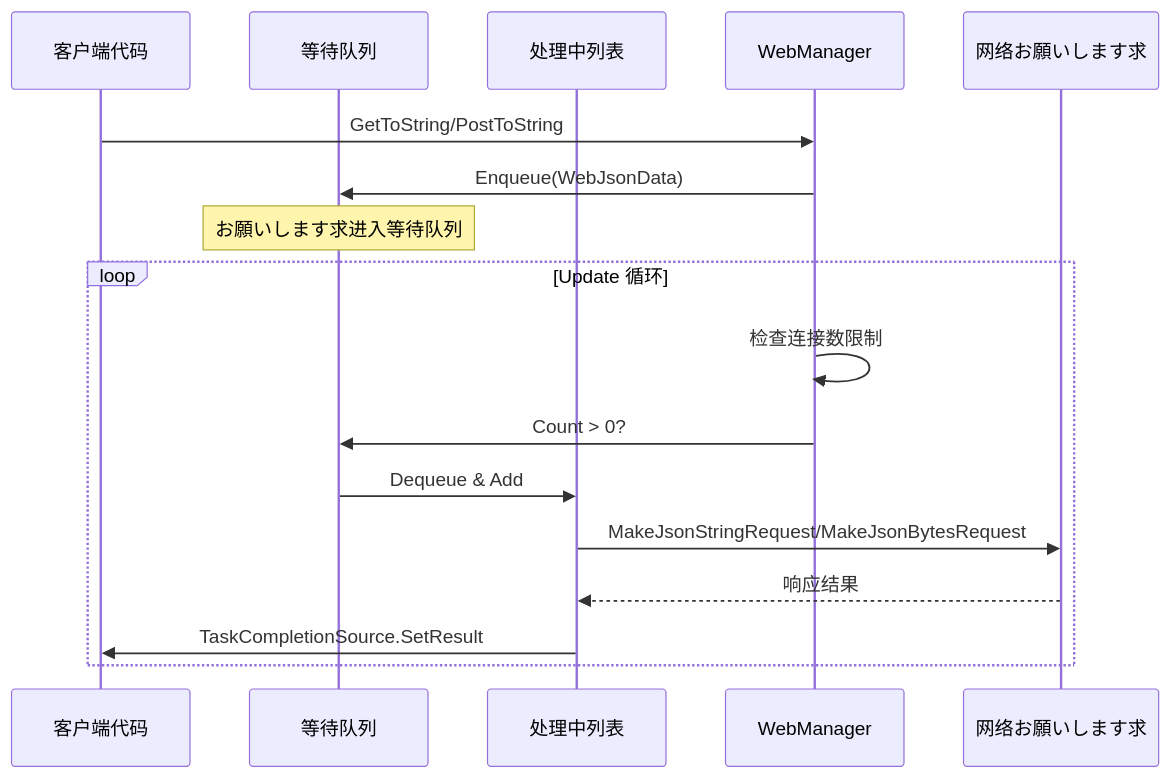
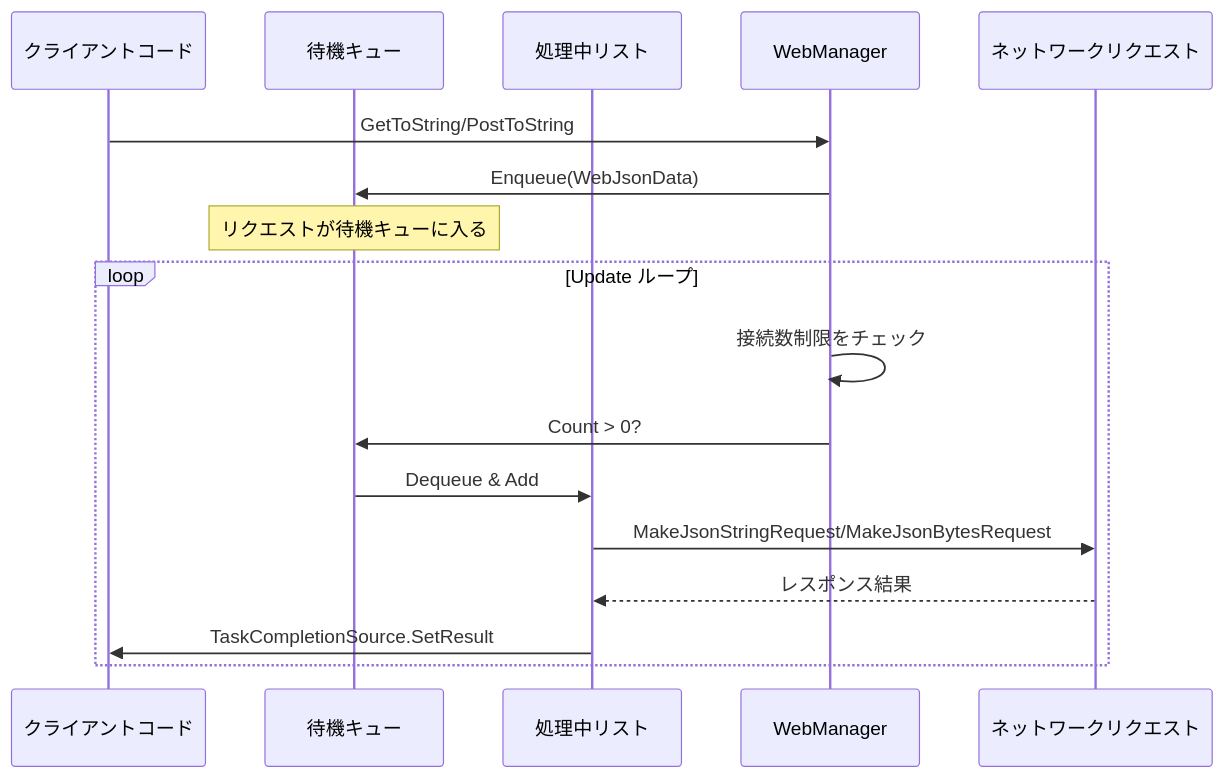
One commit to AlianBlank/GameFrameX.Docs changed the second of 4 diagrams in docs/ja/client/unity/component/web/05.web-manager.md. Above: the diagram before and after it, drawn with Mermaid. The commit also changed other lines of this file and 320 other files, not shown here.

````diff
--- a/docs/ja/client/unity/component/web/05.web-manager.md
+++ b/docs/ja/client/unity/component/web/05.web-manager.md
@@ -123,21 +123,21 @@
 ```mermaid
 sequenceDiagram
-    participant Client as 客户端代码
-    participant Queue as 等待队列
-    participant List as 处理中列表
+    participant Client as クライアントコード
+    participant Queue as 待機キュー
+    participant List as 処理中リスト
     participant Manager as WebManager
-    participant Network as 网络お願いします求
+    participant Network as ネットワークリクエスト
 
     Client->>Manager: GetToString/PostToString
     Manager->>Queue: Enqueue(WebJsonData)
-    Note over Queue: お願いします求进入等待队列
+    Note over Queue: リクエストが待機キューに入る
 
-    loop Update 循环
-        Manager->>Manager: 检查连接数限制
+    loop Update ループ
+        Manager->>Manager: 接続数制限をチェック
         Manager->>Queue: Count > 0?
         Queue->>List: Dequeue & Add
         List->>Network: MakeJsonStringRequest/MakeJsonBytesRequest
-        Network-->>List: 响应结果
+        Network-->>List: レスポンス結果
         List->>Client: TaskCompletionSource.SetResult
     end
 ```
````
